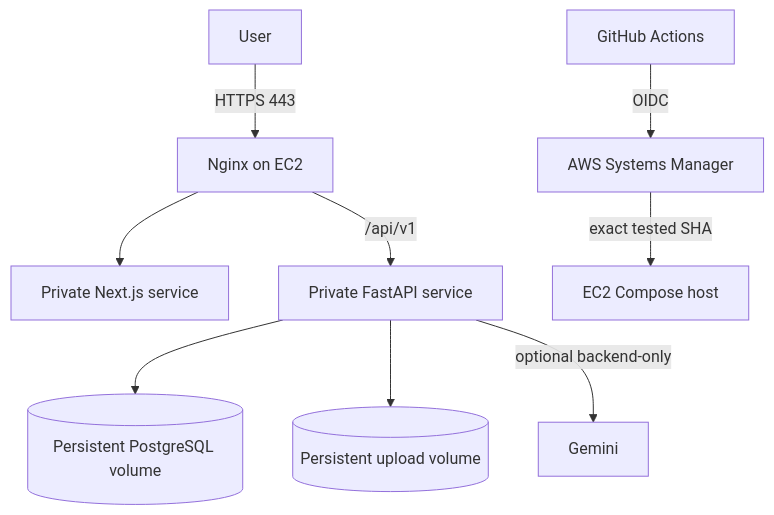
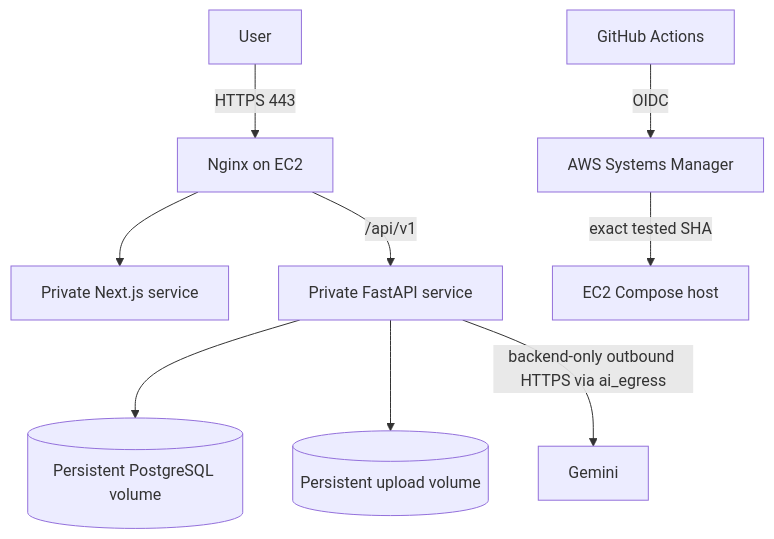
The sixth of 6 diagrams in docs/ARCHITECTURE.md (HirushaSipsara/certifylk), drawn with Mermaid before and after one commit. The commit also changed other lines of this file and 5 other files, not shown here.

Commit message:
fix: allow backend outbound Gemini access

````diff
--- a/docs/ARCHITECTURE.md
+++ b/docs/ARCHITECTURE.md
@@ -134,11 +134,11 @@
 ```mermaid
 flowchart TB
   User -->|HTTPS 443| Nginx[Nginx on EC2]
   Nginx --> Next[Private Next.js service]
   Nginx -->|/api/v1| Fast[Private FastAPI service]
   Fast --> PG[(Persistent PostgreSQL volume)]
   Fast --> Uploads[(Persistent upload volume)]
-  Fast -->|optional backend-only| Gemini
+  Fast -->|backend-only outbound HTTPS via ai_egress| Gemini
   Actions[GitHub Actions] -->|OIDC| SSM[AWS Systems Manager]
   SSM -->|exact tested SHA| EC2[EC2 Compose host]
 ```
````
